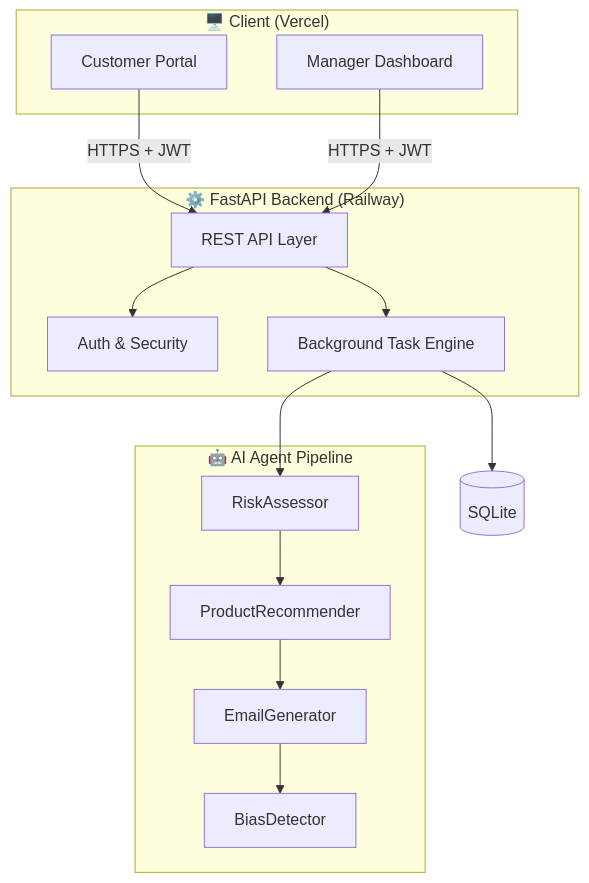
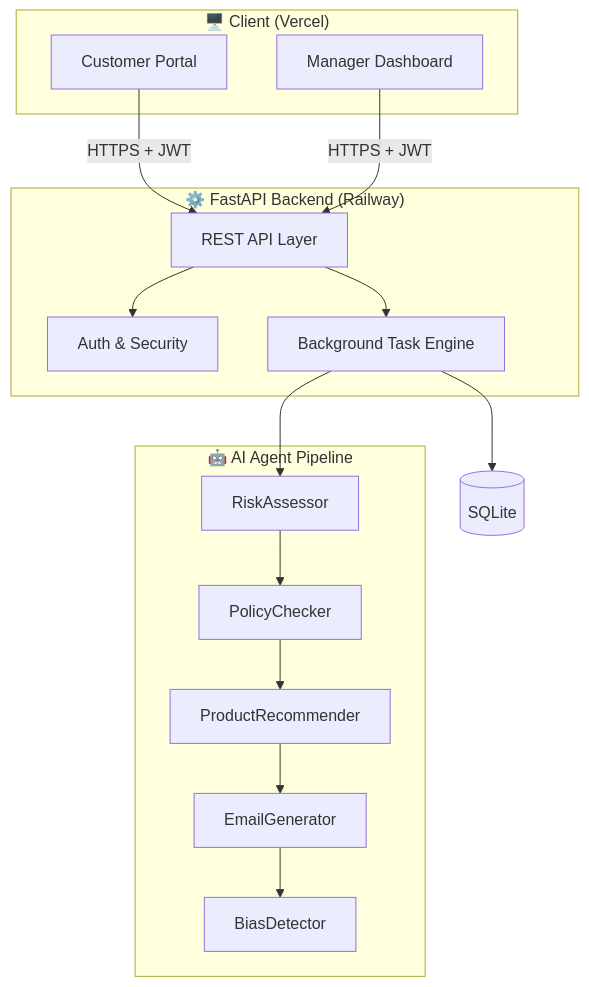
The diagram in README.md (SuhaasNv/loanwise-ai), drawn with Mermaid before and after one commit. The commit also changed other lines of this file, not shown here.

First line of the commit message:
docs: document extended AI agents, APIs, policy settings, observability

````diff
--- a/README.md
+++ b/README.md
@@ -82,32 +94,34 @@
 ```mermaid
 flowchart TB
     subgraph Client["🖥️ Client (Vercel)"]
         CP[Customer Portal]
         MD[Manager Dashboard]
     end
 
     subgraph Backend["⚙️ FastAPI Backend (Railway)"]
         Auth[Auth & Security]
         API[REST API Layer]
         BTE[Background Task Engine]
     end
 
     subgraph AI["🤖 AI Agent Pipeline"]
         RA[RiskAssessor]
+        PC[PolicyChecker]
         PR[ProductRecommender]
         EG[EmailGenerator]
         BD[BiasDetector]
     end
 
     DB[(SQLite)]
 
     CP -->|HTTPS + JWT| API
     MD -->|HTTPS + JWT| API
     API --> Auth
     API --> BTE
     BTE --> DB
     BTE --> RA
-    RA --> PR
+    RA --> PC
+    PC --> PR
     PR --> EG
     EG --> BD
 ```
````
